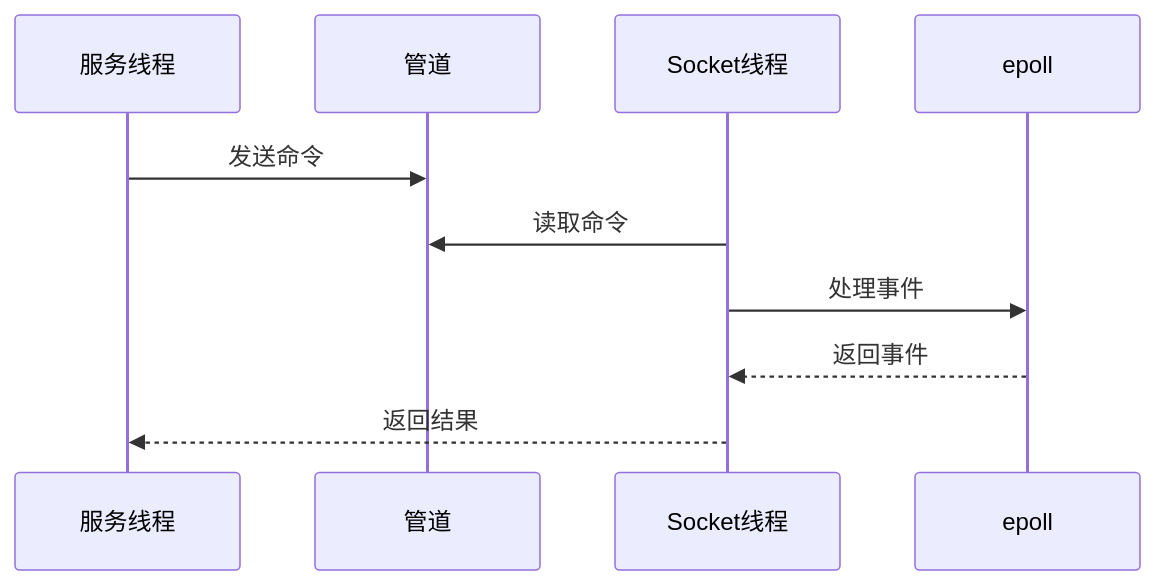
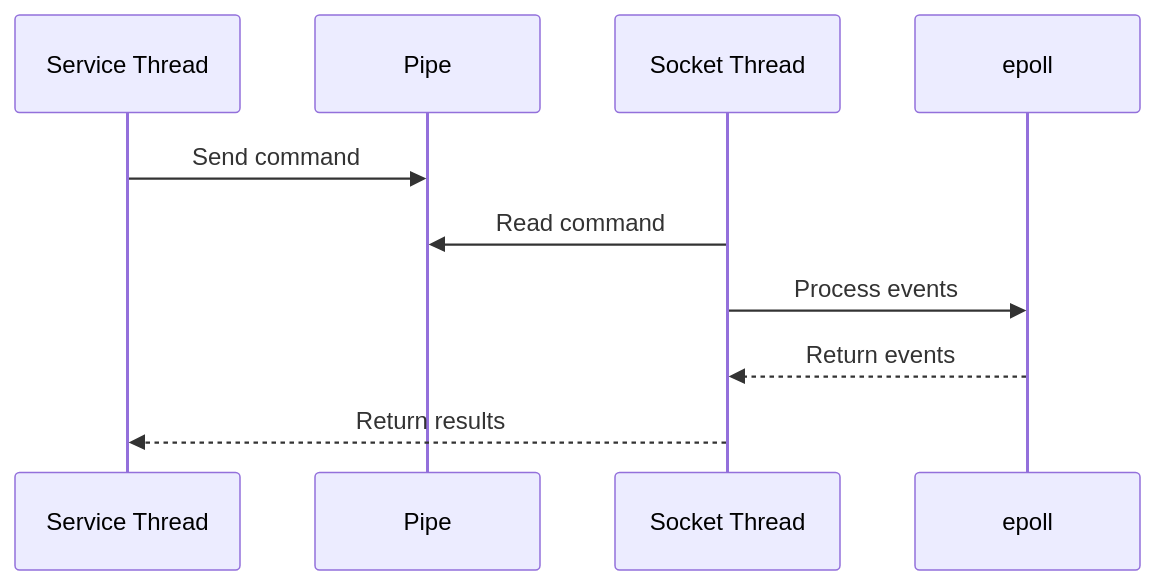
Before and after one commit to cuihairu/skynet: the fifth of 7 diagrams in docs/architecture/overview.md, drawn with Mermaid. The commit also changed other lines of this file and 86 other files, not shown here.

````diff
--- a/docs/architecture/overview.md
+++ b/docs/architecture/overview.md
@@ -229,13 +229,13 @@
 ```mermaid
 sequenceDiagram
-    participant 服务线程
-    participant 管道
-    participant Socket线程
+    participant Service Thread
+    participant Pipe
+    participant Socket Thread
     participant epoll
     
-    服务线程->>管道: 发送命令
-    Socket线程->>管道: 读取命令
-    Socket线程->>epoll: 处理事件
-    epoll-->>Socket线程: 返回事件
-    Socket线程-->>服务线程: 返回结果
+    Service Thread->>Pipe: Send command
+    Socket Thread->>Pipe: Read command
+    Socket Thread->>epoll: Process events
+    epoll-->>Socket Thread: Return events
+    Socket Thread-->>Service Thread: Return results
 ```
````
